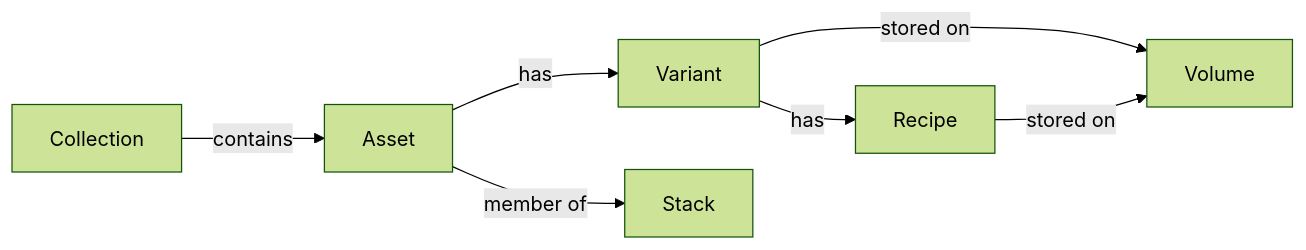
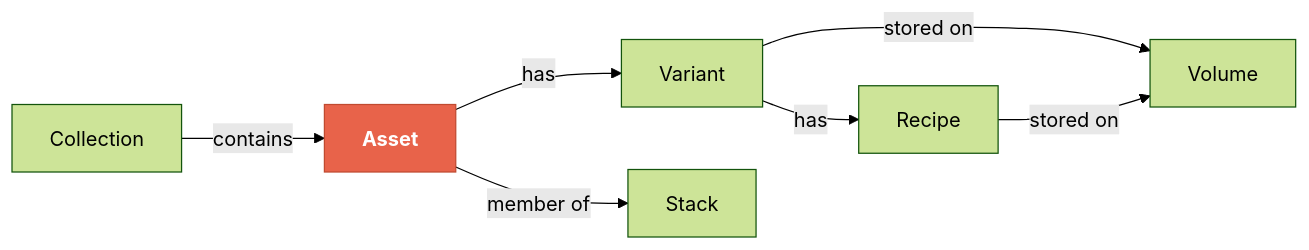
The first of 4 diagrams in doc/manual/user-guide/01-overview.md (thoherr/maki), drawn with Mermaid (forest theme) before and after one commit. The commit also changed 1 other file, not shown here.

Commit message:
Core Concepts diagram: 100% width, Asset highlighted in brand color

````diff
--- a/doc/manual/user-guide/01-overview.md
+++ b/doc/manual/user-guide/01-overview.md
@@ -9,9 +9,10 @@
-```mermaid {width=80%}
+```mermaid
 flowchart LR
     Collection -->|contains| Asset
     Asset -->|has| Variant
     Asset -->|member of| Stack
     Variant -->|stored on| Volume
     Variant -->|has| Recipe
     Recipe -->|stored on| Volume
+    style Asset fill:#e8634a,stroke:#c04a30,color:#fff,font-weight:bold
 ```
````
